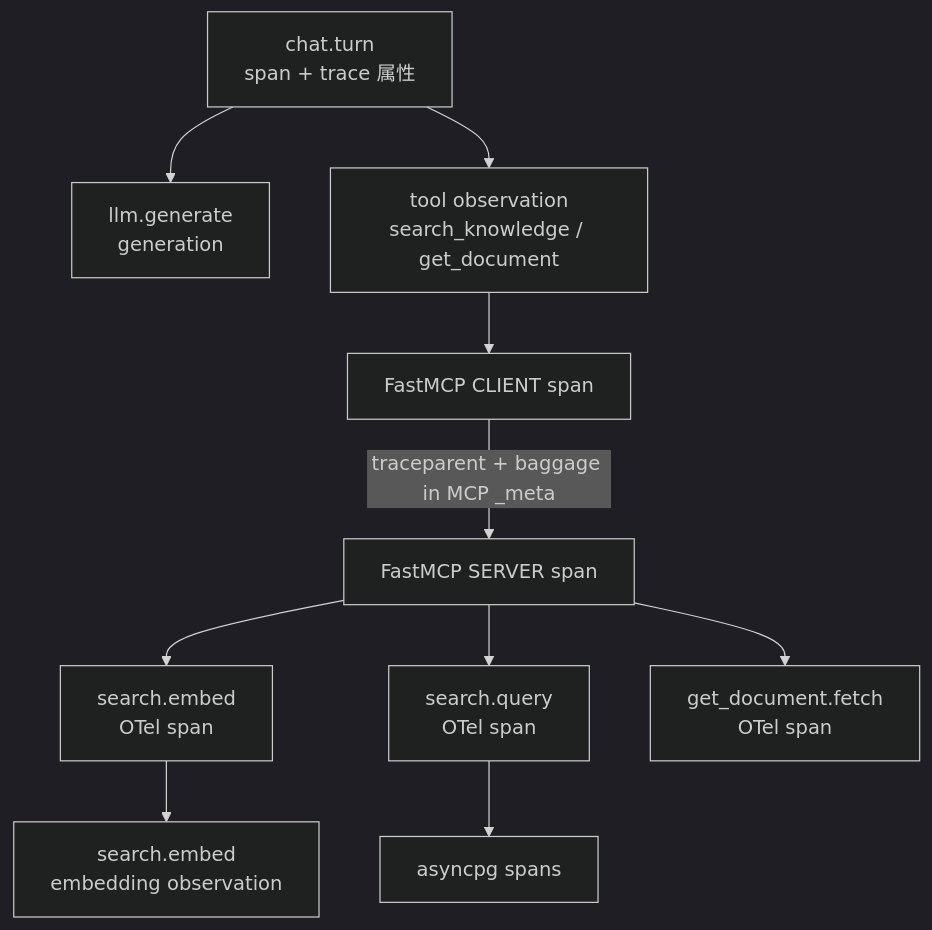
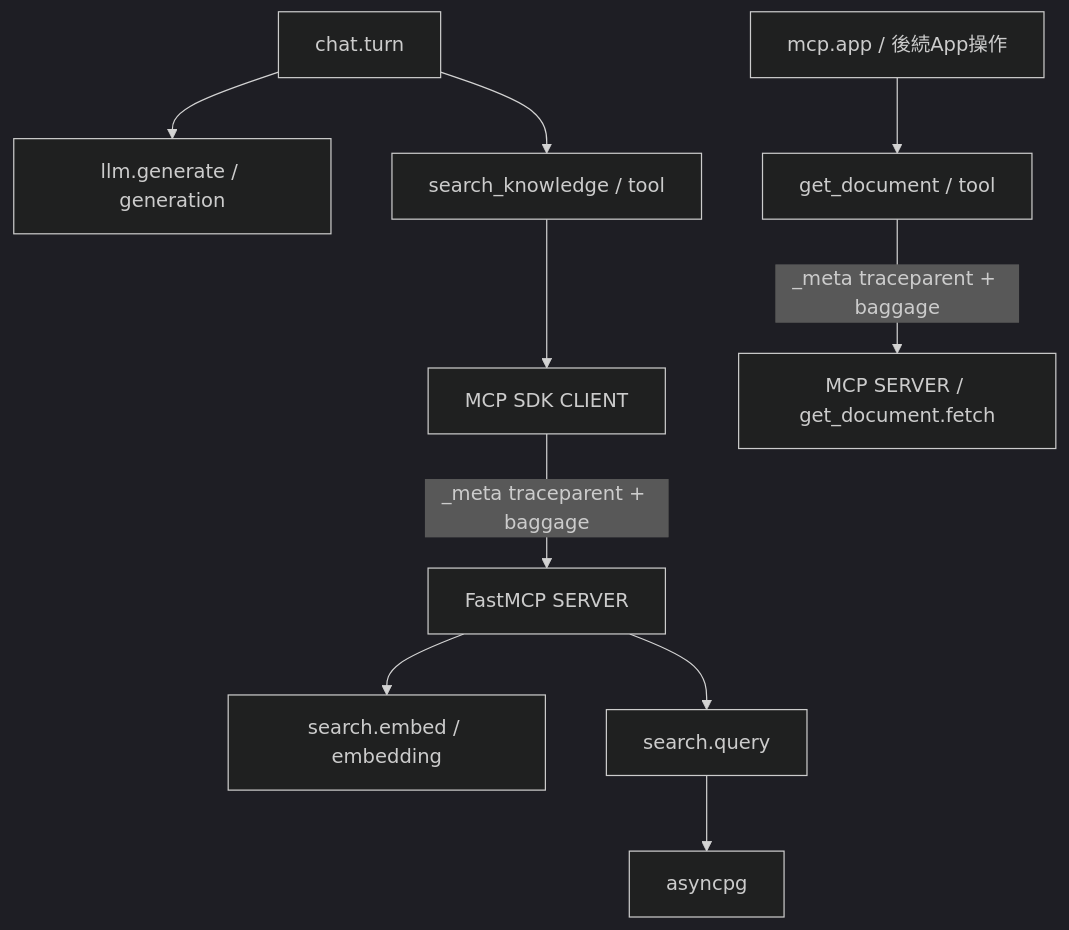
The diagram in docs/current/features/tracing.md (s-kodani/template-ai-coding), drawn with Mermaid (dark theme) before and after one commit. The commit also changed other lines of this file and 130 other files, not shown here.

````diff
--- a/docs/current/features/tracing.md
+++ b/docs/current/features/tracing.md
@@ -32,23 +18,12 @@
 ```mermaid
 flowchart TD
-    chat["chat.turn<br/>span + trace 属性"]
-    llm["llm.generate<br/>generation"]
-    tool["tool observation<br/>search_knowledge / get_document"]
-    client["FastMCP CLIENT span"]
-    server["FastMCP SERVER span"]
-    embed_otel["search.embed<br/>OTel span"]
-    embed_lf["search.embed<br/>embedding observation"]
-    query["search.query<br/>OTel span"]
-    fetch["get_document.fetch<br/>OTel span"]
-    db["asyncpg spans"]
-
-    chat --> llm
-    chat --> tool
-    tool --> client
-    client -->|"traceparent + baggage in MCP _meta"| server
-    server --> embed_otel
-    embed_otel --> embed_lf
-    server --> query
-    server --> fetch
-    query --> db
+    Chat[chat.turn] --> LLM[llm.generate / generation]
+    Chat --> Tool[search_knowledge / tool]
+    Tool --> Client[MCP SDK CLIENT]
+    Client -->|_meta traceparent + baggage| MCP[FastMCP SERVER]
+    MCP --> Embed[search.embed / embedding]
+    MCP --> Query[search.query]
+    Query --> DB[asyncpg]
+    App[mcp.app / 後続App操作] --> Detail[get_document / tool]
+    Detail -->|_meta traceparent + baggage| Fetch[MCP SERVER / get_document.fetch]
 ```
````
